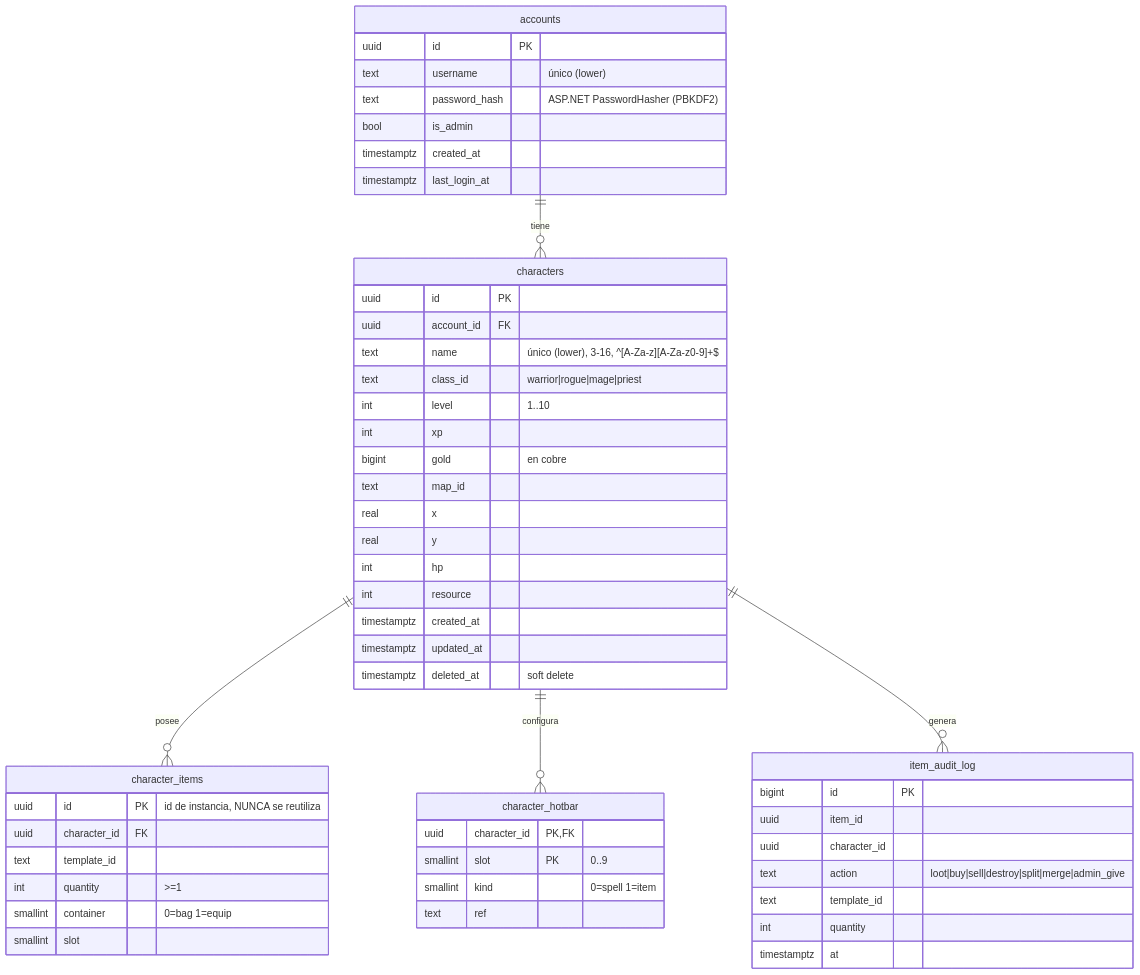
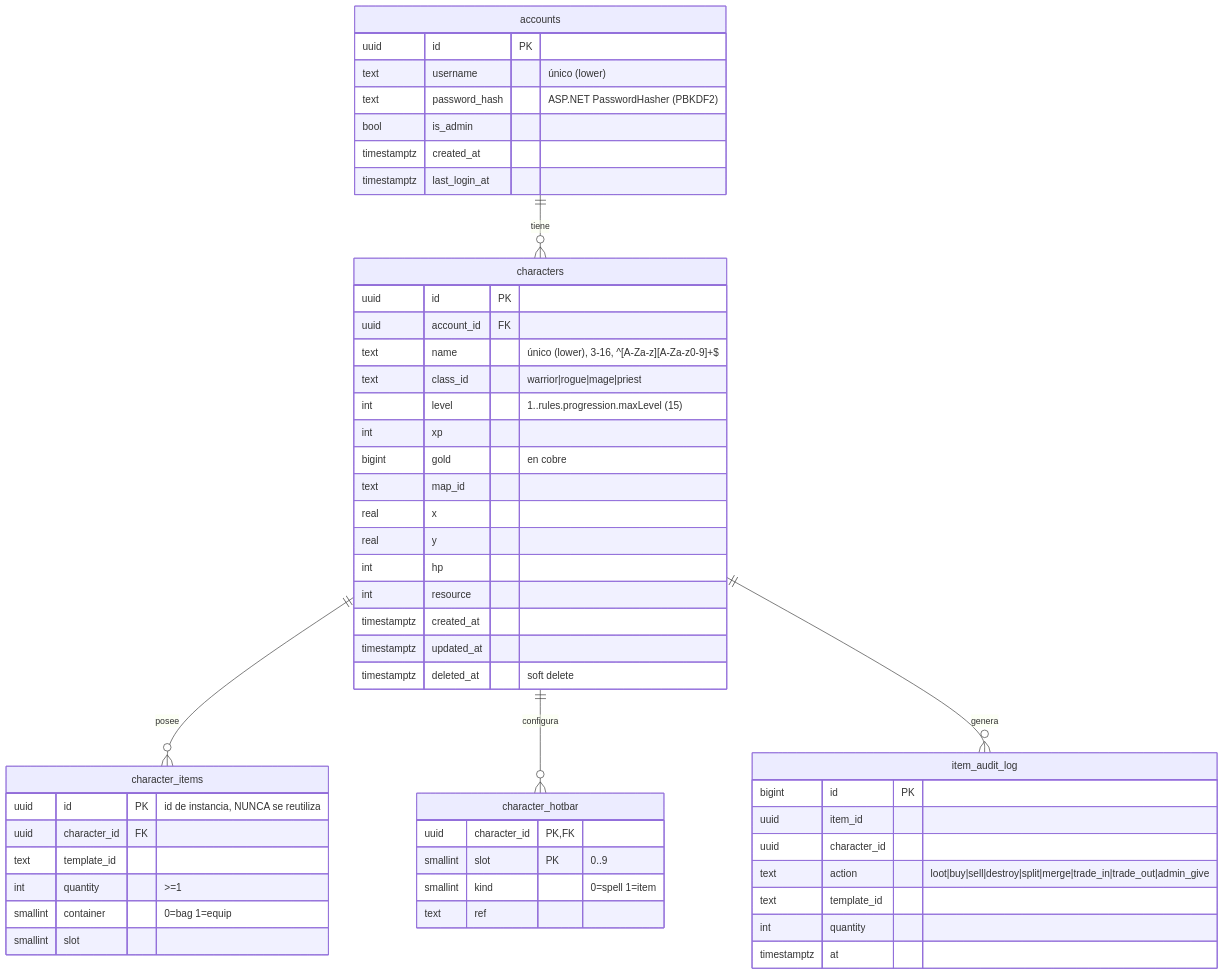
The diagram in docs/database.md (Seem1019/PixelRealms), drawn with Mermaid before and after one commit. The commit also changed other lines of this file and 36 other files, not shown here.

````diff
--- a/docs/database.md
+++ b/docs/database.md
@@ -7,55 +7,55 @@
 ```mermaid
 erDiagram
   accounts ||--o{ characters : tiene
   characters ||--o{ character_items : posee
   characters ||--o{ character_hotbar : configura
   characters ||--o{ item_audit_log : genera
   accounts {
     uuid id PK
     text username "único (lower)"
     text password_hash "ASP.NET PasswordHasher (PBKDF2)"
     bool is_admin
     timestamptz created_at
     timestamptz last_login_at
   }
   characters {
     uuid id PK
     uuid account_id FK
     text name "único (lower), 3-16, ^[A-Za-z][A-Za-z0-9]+$"
     text class_id "warrior|rogue|mage|priest"
-    int level "1..10"
+    int level "1..rules.progression.maxLevel (15)"
     int xp
     bigint gold "en cobre"
     text map_id
     real x
     real y
     int hp
     int resource
     timestamptz created_at
     timestamptz updated_at
     timestamptz deleted_at "soft delete"
   }
   character_items {
     uuid id PK "id de instancia, NUNCA se reutiliza"
     uuid character_id FK
     text template_id
     int quantity ">=1"
     smallint container "0=bag 1=equip"
     smallint slot
   }
   character_hotbar {
     uuid character_id PK,FK
     smallint slot PK "0..9"
     smallint kind "0=spell 1=item"
     text ref
   }
   item_audit_log {
     bigint id PK
     uuid item_id
     uuid character_id
-    text action "loot|buy|sell|destroy|split|merge|admin_give"
+    text action "loot|buy|sell|destroy|split|merge|trade_in|trade_out|admin_give"
     text template_id
     int quantity
     timestamptz at
   }
 ```
````
